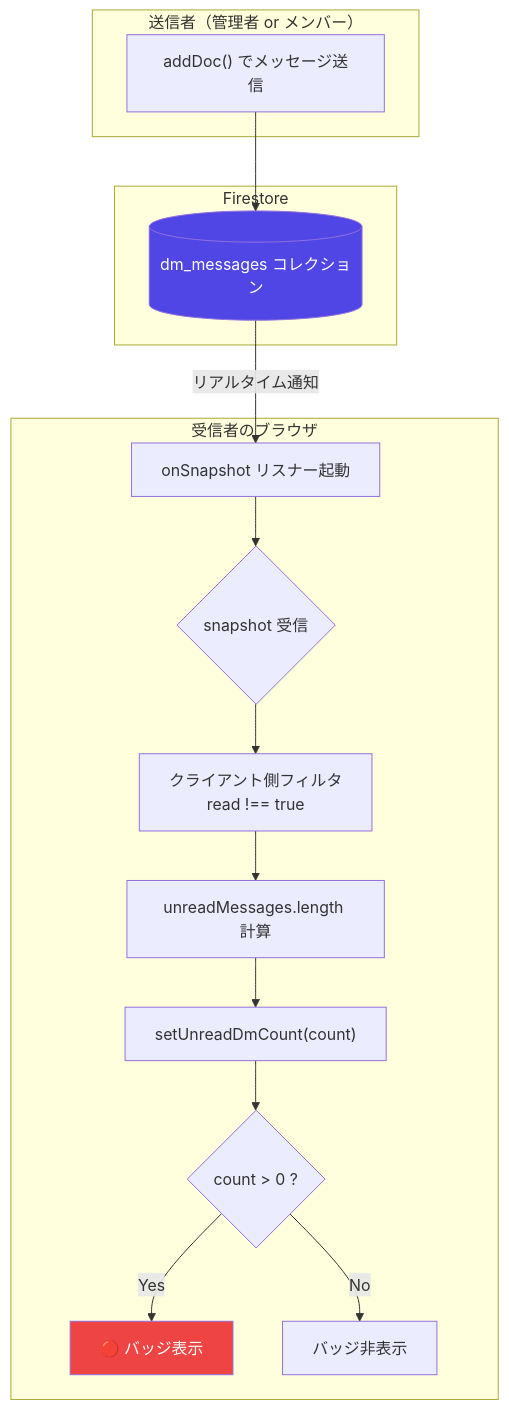
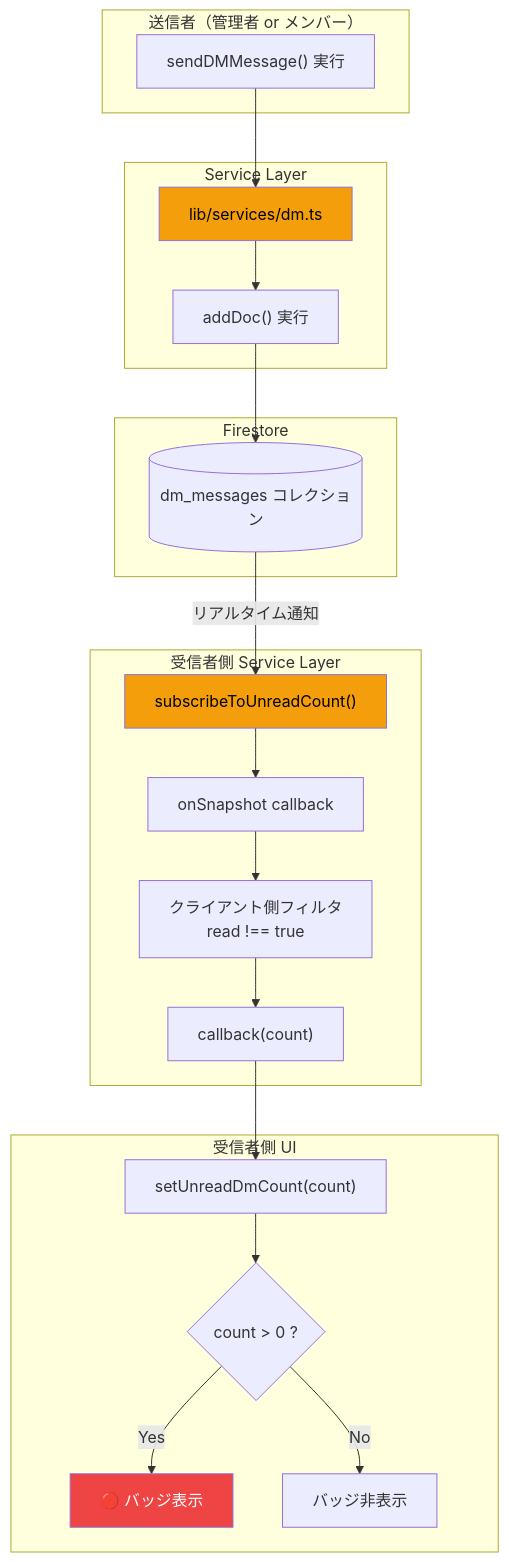
The second of 5 diagrams in docs/03_DATA_FLOW.md (mokaland/cc-insight), drawn with Mermaid before and after one commit. The commit also changed other lines of this file and 2 other files, not shown here.

````diff
--- a/docs/03_DATA_FLOW.md
+++ b/docs/03_DATA_FLOW.md
@@ -92,35 +143,46 @@
 ```mermaid
 flowchart TD
-    subgraph Firestore
-        A[("dm_messages コレクション")]
+    subgraph Sender["送信者（管理者 or メンバー）"]
+        A["sendDMMessage() 実行"]
     end
 
-    subgraph "送信者（管理者 or メンバー）"
-        B["addDoc() でメッセージ送信"]
+    subgraph ServiceLayer["Service Layer"]
+        B["lib/services/dm.ts"]
+        C["addDoc() 実行"]
     end
 
-    subgraph "受信者のブラウザ"
-        C["onSnapshot リスナー起動"]
-        D{"snapshot 受信"}
-        E["クライアント側フィルタ
-        read !== true"]
-        F["unreadMessages.length 計算"]
-        G["setUnreadDmCount(count)"]
-        H{"count > 0 ?"}
-        I["🔴 バッジ表示"]
-        J["バッジ非表示"]
+    subgraph Firestore
+        D[("dm_messages コレクション")]
     end
 
-    B --> A
-    A -->|リアルタイム通知| C
+    subgraph ReceiverService["受信者側 Service Layer"]
+        E["subscribeToUnreadCount()"]
+        F["onSnapshot callback"]
+        G["クライアント側フィルタ
+        read !== true"]
+        H["callback(count)"]
+    end
+
+    subgraph ReceiverUI["受信者側 UI"]
+        I["setUnreadDmCount(count)"]
+        J{"count > 0 ?"}
+        K["🔴 バッジ表示"]
+        L["バッジ非表示"]
+    end
+
+    A --> B
+    B --> C
     C --> D
-    D --> E
+    D -->|リアルタイム通知| E
     E --> F
     F --> G
     G --> H
-    H -->|Yes| I
-    H -->|No| J
+    H --> I
+    I --> J
+    J -->|Yes| K
+    J -->|No| L
 
-    style I fill:#ef4444,color:#fff
-    style A fill:#4f46e5,color:#fff
+    style B fill:#f59e0b,color:#000
+    style E fill:#f59e0b,color:#000
+    style K fill:#ef4444,color:#fff
 ```
````
